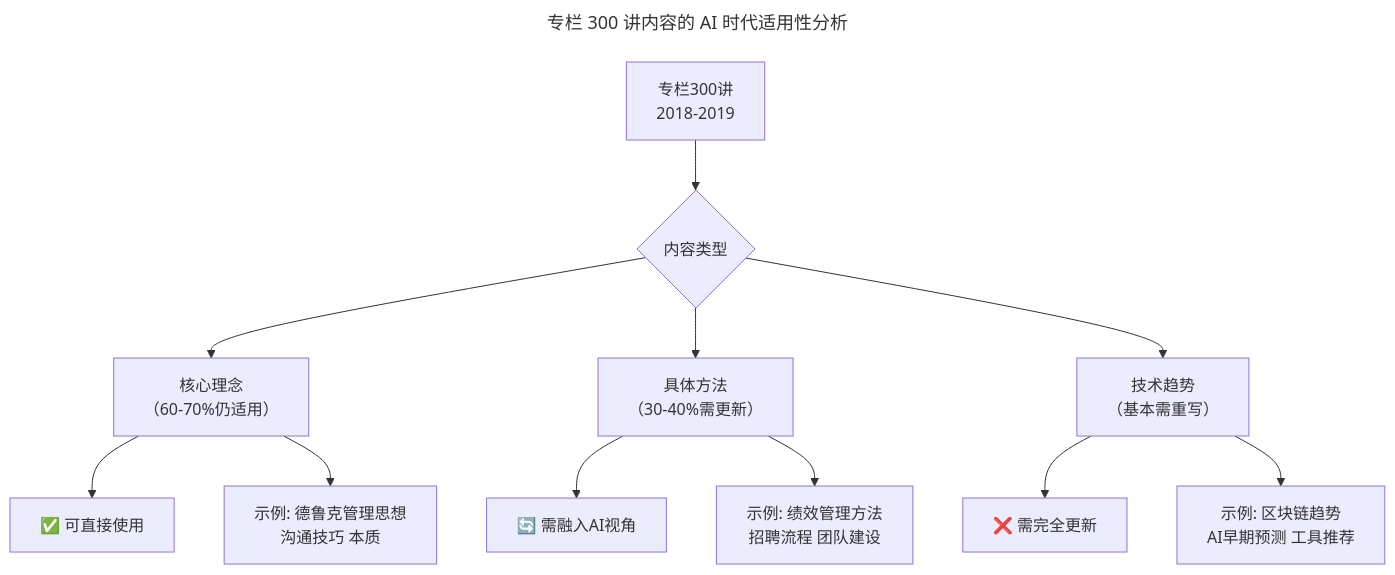
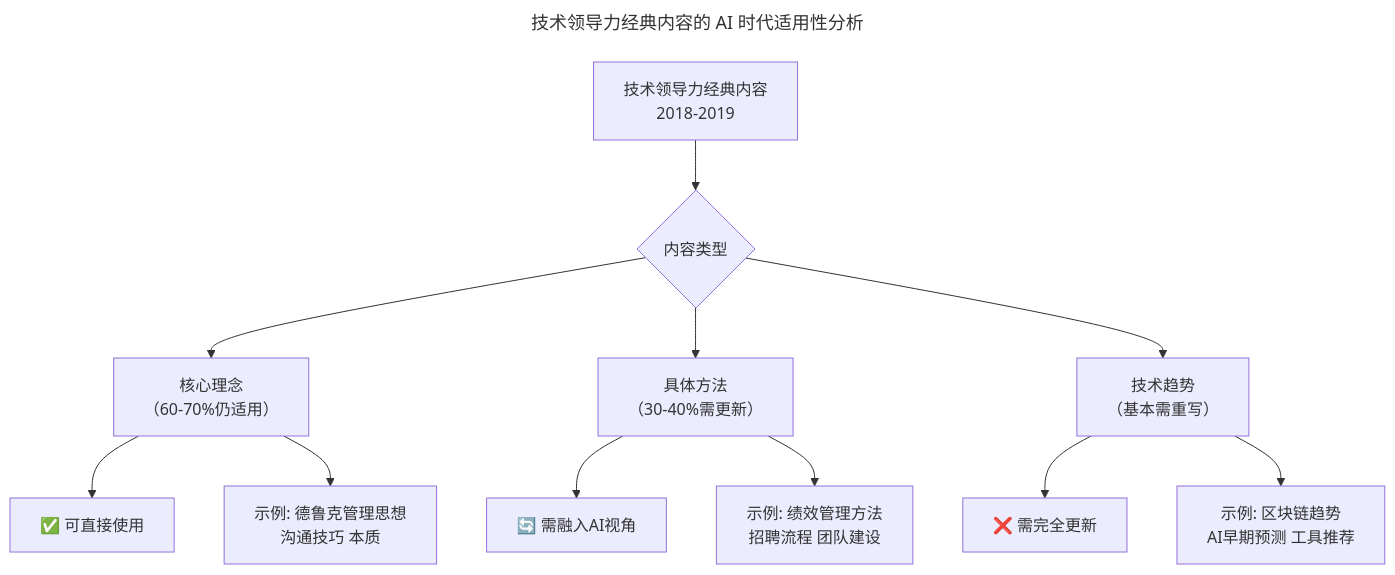
One commit to zhangzhengyang27/tech-codex changed the first of 3 diagrams in docs/09-管理/02-技术管理/02-团队建设与文化/49-结束篇-即使远隔千山万水，也要乘风与你同往.md. Above: the diagram before and after it, drawn with Mermaid. The commit also changed other lines of this file and 164 other files, not shown here.

````diff
--- a/docs/09-管理/02-技术管理/02-团队建设与文化/49-结束篇-即使远隔千山万水，也要乘风与你同往.md
+++ b/docs/09-管理/02-技术管理/02-团队建设与文化/49-结束篇-即使远隔千山万水，也要乘风与你同往.md
@@ -286,21 +256,21 @@
 ```mermaid
 ---
-title: 专栏 300 讲内容的 AI 时代适用性分析
+title: 技术领导力经典内容的 AI 时代适用性分析
 ---
 graph TD
-    A[专栏300讲<br>2018-2019] --> B{内容类型}
+    A[技术领导力经典内容<br>2018-2019] --> B{内容类型}
     
     B --> C[核心理念<br>（60-70%仍适用）]
     B --> D[具体方法<br>（30-40%需更新）]
     B --> E[技术趋势<br>（基本需重写）]
     
     C --> C1["✅ 可直接使用"]
     C --> C2["示例: 德鲁克管理思想<br>沟通技巧 本质"]
     
     D --> D1["🔄 需融入AI视角"]
     D --> D2["示例: 绩效管理方法<br>招聘流程 团队建设"]
     
     E --> E1["❌ 需完全更新"]
     E --> E2["示例: 区块链趋势<br>AI早期预测 工具推荐"]
     
 ```
````
